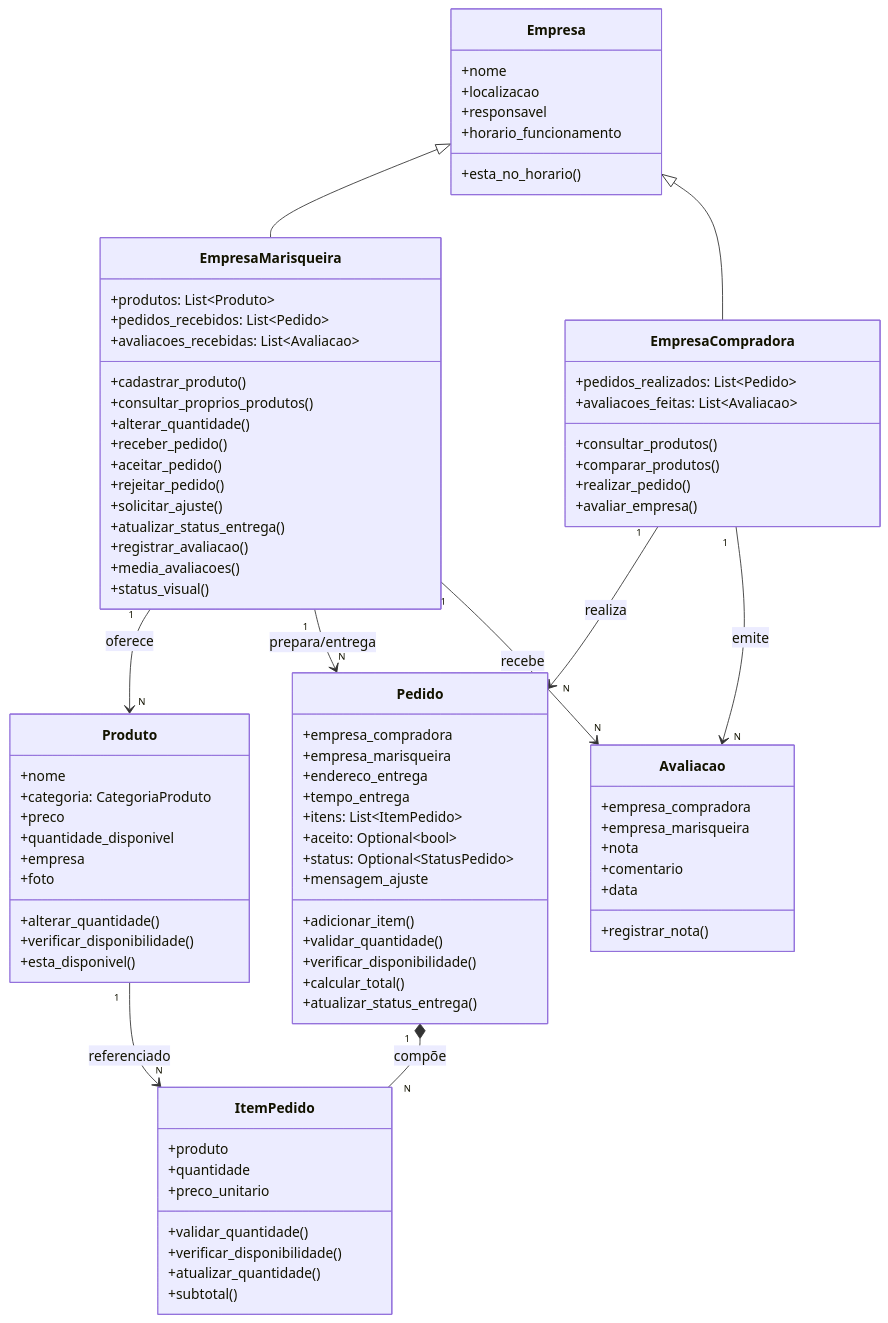
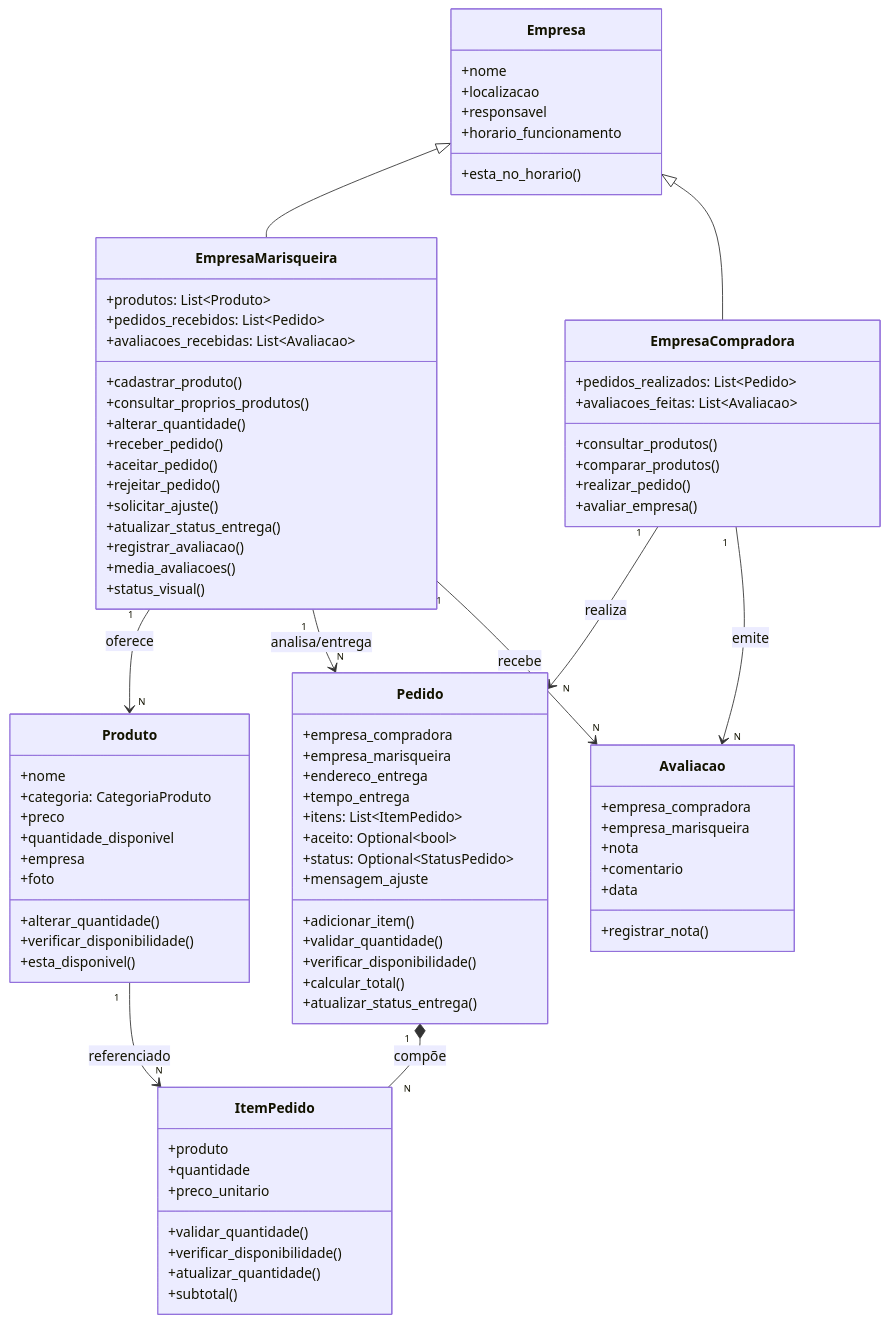
The diagram in MODELAGEM_POO.md (davidev-tech/UNDB-POO), drawn with Mermaid before and after one commit. The commit also changed other lines of this file and 4 other files, not shown here.

```diff
--- a/MODELAGEM_POO.md
+++ b/MODELAGEM_POO.md
@@ -369,7 +374,7 @@
     Empresa <|-- EmpresaCompradora
 
     EmpresaMarisqueira "1" --> "N" Produto : oferece
-    EmpresaMarisqueira "1" --> "N" Pedido : prepara/entrega
+    EmpresaMarisqueira "1" --> "N" Pedido : analisa/entrega
     EmpresaCompradora  "1" --> "N" Pedido : realiza
     EmpresaCompradora  "1" --> "N" Avaliacao : emite
     EmpresaMarisqueira "1" --> "N" Avaliacao : recebe
```
